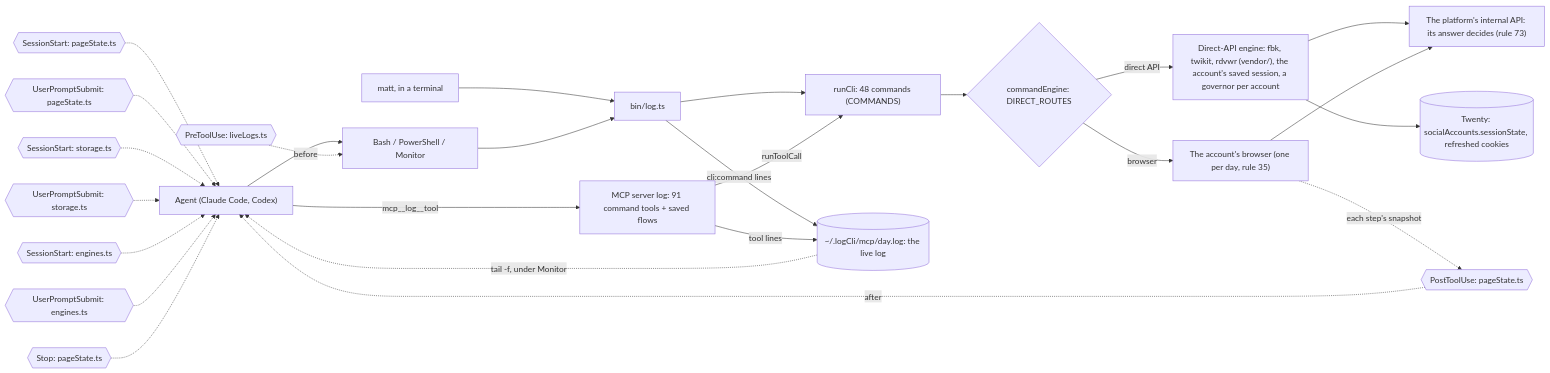
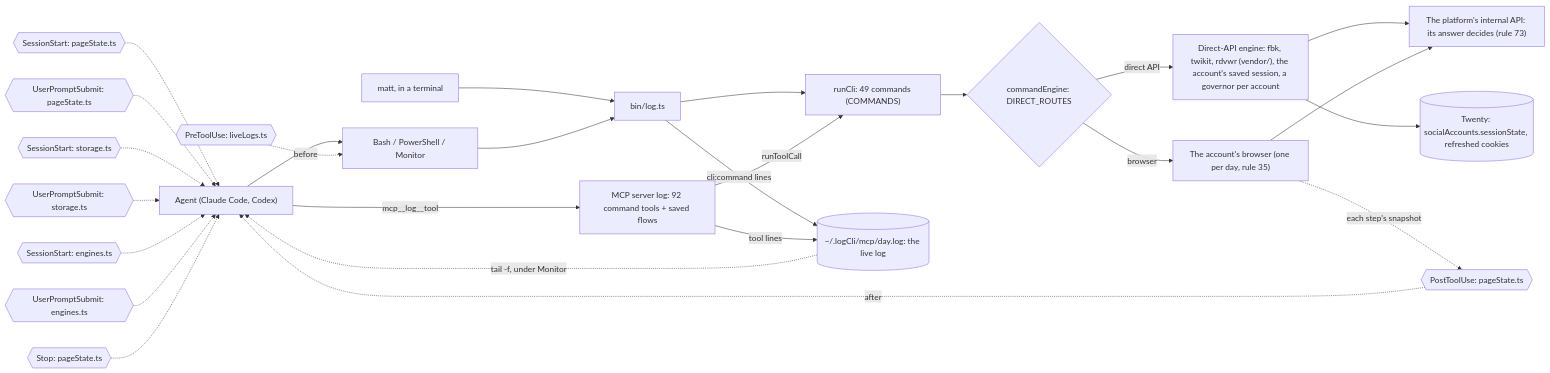
The diagram in docs/diagrams/surface.mmd (matthewdonsemail-lab/log), drawn with Mermaid before and after one commit. The commit also changed 16 other files, not shown here.

```diff
--- a/docs/diagrams/surface.mmd
+++ b/docs/diagrams/surface.mmd
@@ -1,40 +1,40 @@
 %% How a call reaches log-cli. From a shell or over MCP, both run the same commands through `runCli`, write the same live log, and pass through the same hooks. `commandEngine` sends each command to the platform's direct API or to the account's browser.
 %% Written by `bun run docs:build` from the code (rule 56). Not edited by hand.
 flowchart LR
   agent["Agent (Claude Code, Codex)"]
   matt["matt, in a terminal"]
   shell["Bash / PowerShell / Monitor"]
-  mcp["MCP server log: 91 command tools + saved flows"]
+  mcp["MCP server log: 92 command tools + saved flows"]
   bin["bin/log.ts"]
-  runCli["runCli: 48 commands (COMMANDS)"]
+  runCli["runCli: 49 commands (COMMANDS)"]
   live[("~/.logCli/mcp/day.log: the live log")]
   engine{"commandEngine: DIRECT_ROUTES"}
   direct["Direct-API engine: fbk, twikit, rdvwr (vendor/), the account's saved session, a governor per account"]
   browser["The account's browser (one per day, rule 35)"]
   api["The platform's internal API: its answer decides (rule 73)"]
   twenty[("Twenty: socialAccounts.sessionState, refreshed cookies")]
   agent --> shell
   matt --> bin
   shell --> bin
   agent -->|mcp__log__tool| mcp
   bin --> runCli
   mcp -->|runToolCall| runCli
   runCli --> engine
   engine -->|direct API| direct
   engine -->|browser| browser
   direct --> api
   browser --> api
   direct --> twenty
   bin -->|cli:command lines| live
   mcp -->|tool lines| live
   live -.->|tail -f, under Monitor| agent
   pre0{{"PreToolUse: liveLogs.ts"}} -.->|before| shell
   post0{{"PostToolUse: pageState.ts"}} -.->|after| agent
   turn0{{"SessionStart: pageState.ts"}} -.-> agent
   turn1{{"UserPromptSubmit: pageState.ts"}} -.-> agent
   turn2{{"SessionStart: storage.ts"}} -.-> agent
   turn3{{"UserPromptSubmit: storage.ts"}} -.-> agent
   turn4{{"SessionStart: engines.ts"}} -.-> agent
   turn5{{"UserPromptSubmit: engines.ts"}} -.-> agent
   turn6{{"Stop: pageState.ts"}} -.-> agent
   browser -.->|each step's snapshot| post0
```
